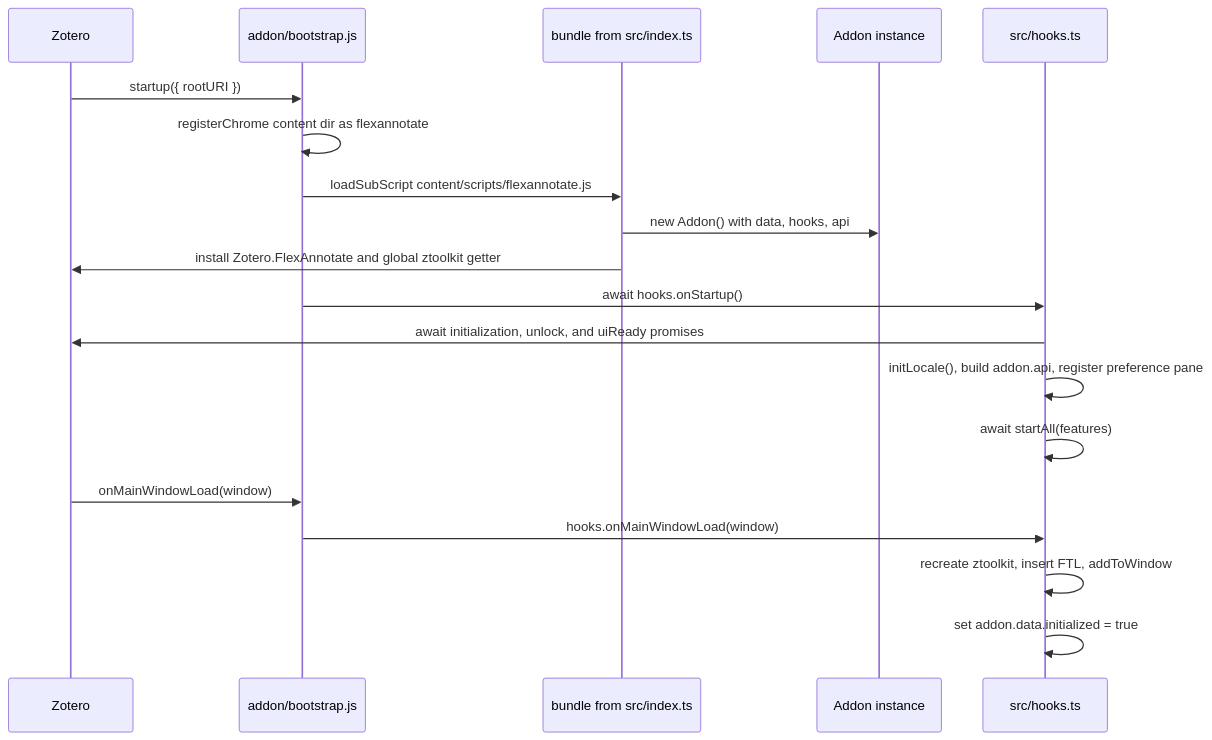
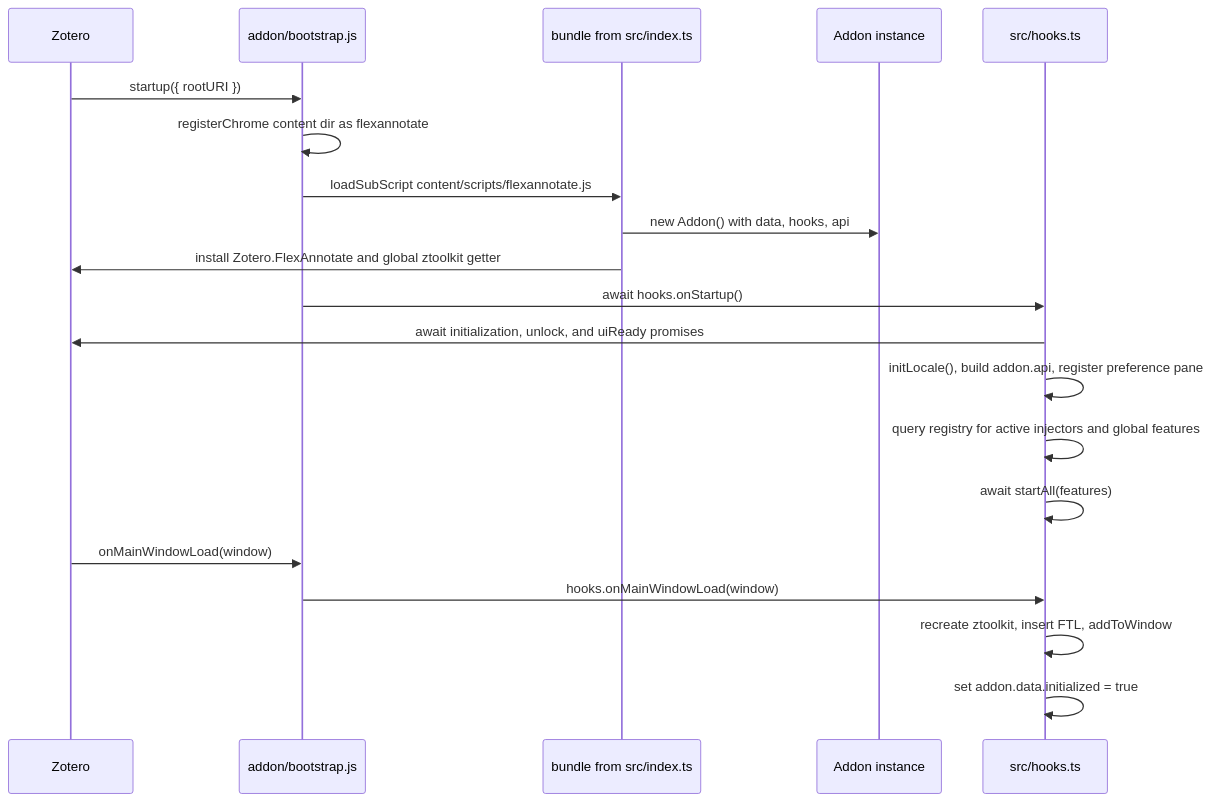
One commit to justanotherjurastudent/zotero_FlexAnnotate changed the second of 2 diagrams in openwiki/architecture/overview.md. Above: the diagram before and after it, drawn with Mermaid. The commit also changed other lines of this file and 38 other files, not shown here.

````diff
--- a/openwiki/architecture/overview.md
+++ b/openwiki/architecture/overview.md
@@ -191,22 +283,23 @@
 ```mermaid
 sequenceDiagram
     participant Z as Zotero
     participant BS as addon/bootstrap.js
     participant IDX as bundle from src/index.ts
     participant AD as Addon instance
     participant HK as src/hooks.ts
 
     Z->>BS: startup({ rootURI })
     BS->>BS: registerChrome content dir as flexannotate
     BS->>IDX: loadSubScript content/scripts/flexannotate.js
     IDX->>AD: new Addon() with data, hooks, api
     IDX->>Z: install Zotero.FlexAnnotate and global ztoolkit getter
     BS->>HK: await hooks.onStartup()
     HK->>Z: await initialization, unlock, and uiReady promises
     HK->>HK: initLocale(), build addon.api, register preference pane
+    HK->>HK: query registry for active injectors and global features
     HK->>HK: await startAll(features)
     Z->>BS: onMainWindowLoad(window)
     BS->>HK: hooks.onMainWindowLoad(window)
     HK->>HK: recreate ztoolkit, insert FTL, addToWindow
     HK->>HK: set addon.data.initialized = true
 ```
````
